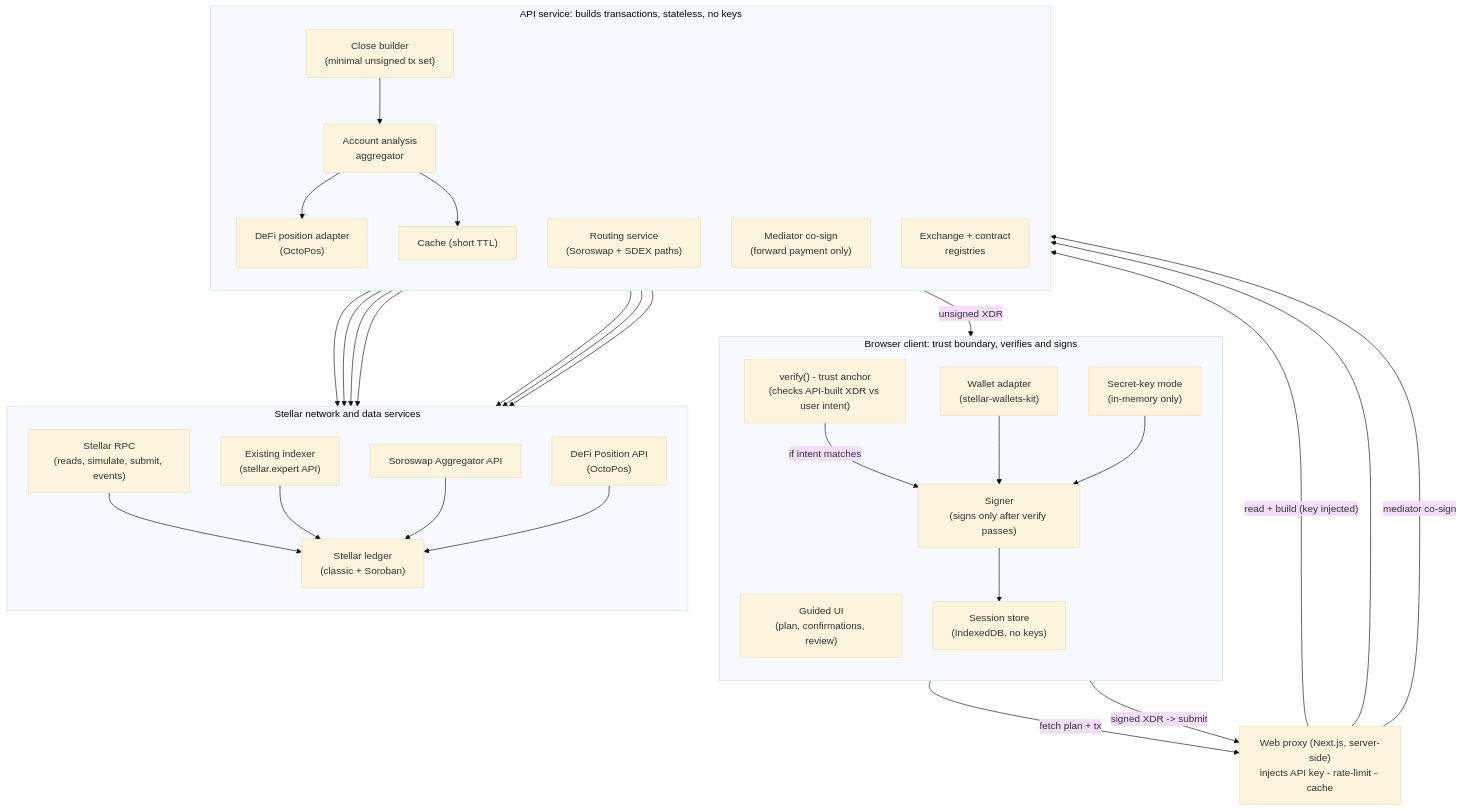
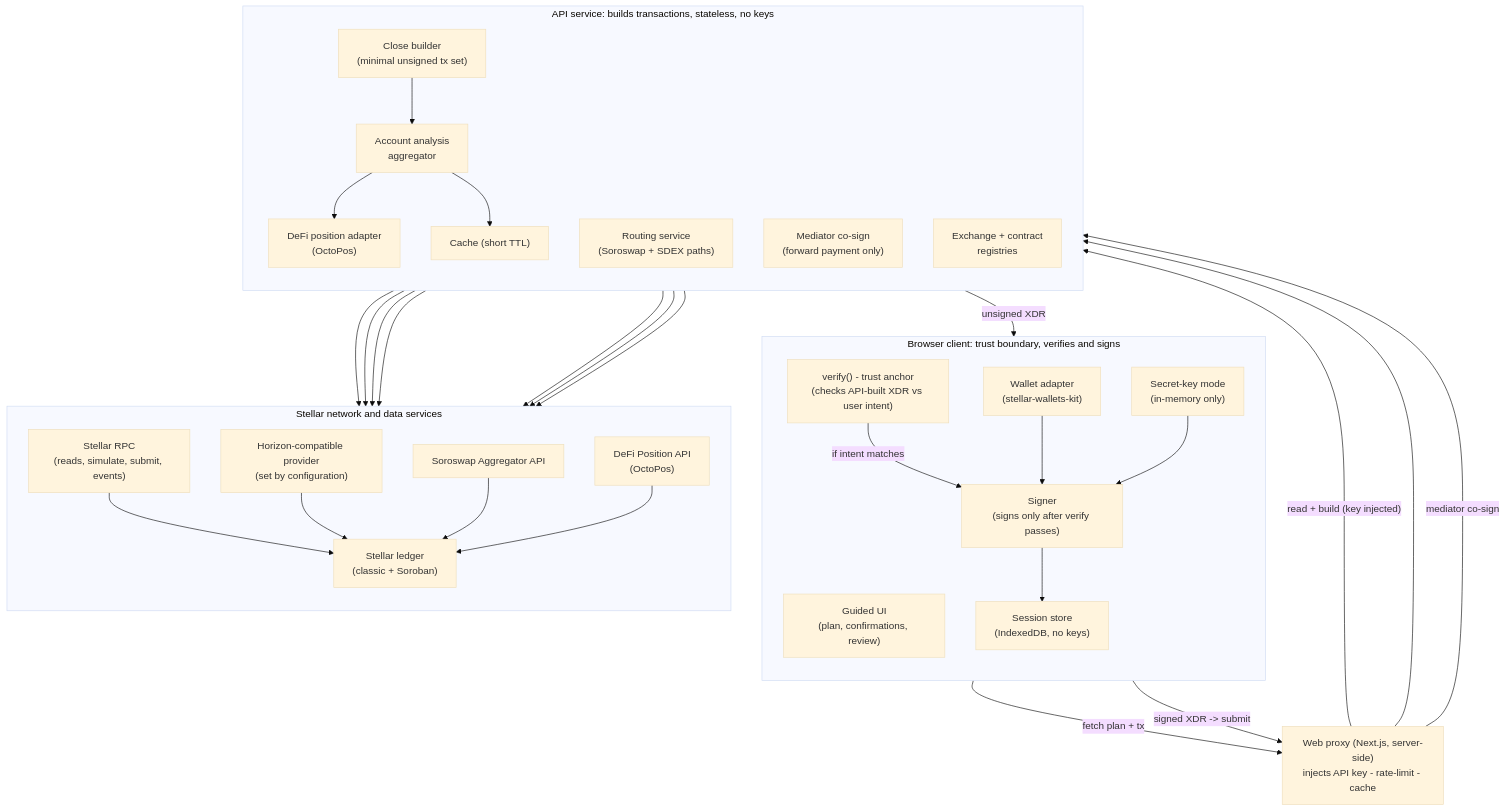
Before and after one commit to LumenWipe/lumenwipe: the diagram in docs/diagrams/01-system-architecture.mmd, drawn with Mermaid (base theme). The commit also changed 40 other files, not shown here.

First line of the commit message:
Read account state from one Horizon-compatible provider and drop the stellar.expert dependency (#120)

```diff
--- a/docs/diagrams/01-system-architecture.mmd
+++ b/docs/diagrams/01-system-architecture.mmd
@@ -1,60 +1,60 @@
 flowchart TB
     subgraph client["Browser client: trust boundary, verifies and signs"]
         direction TB
         ui["Guided UI<br/>(plan, confirmations, review)"]
         wk["Wallet adapter<br/>(stellar-wallets-kit)"]
         sk["Secret-key mode<br/>(in-memory only)"]
         verify["verify() - trust anchor<br/>(checks API-built XDR vs user intent)"]
         signer["Signer<br/>(signs only after verify passes)"]
         sess["Session store<br/>(IndexedDB, no keys)"]
     end
 
     proxy["Web proxy (Next.js, server-side)<br/>injects API key - rate-limit - cache"]
 
     subgraph backend["API service: builds transactions, stateless, no keys"]
         direction TB
         analysis["Account analysis<br/>aggregator"]
         close["Close builder<br/>(minimal unsigned tx set)"]
         defi["DeFi position adapter<br/>(OctoPos)"]
         route["Routing service<br/>(Soroswap + SDEX paths)"]
         med["Mediator co-sign<br/>(forward payment only)"]
         reg["Exchange + contract<br/>registries"]
         cache["Cache (short TTL)"]
     end
 
     subgraph data["Stellar network and data services"]
         direction TB
         rpc["Stellar RPC<br/>(reads, simulate, submit, events)"]
-        idx["Existing indexer<br/>(stellar.expert API)"]
+        idx["Horizon-compatible provider<br/>(set by configuration)"]
         soro["Soroswap Aggregator API"]
         pos["DeFi Position API<br/>(OctoPos)"]
         net["Stellar ledger<br/>(classic + Soroban)"]
     end
 
     close -->|"unsigned XDR"| verify
     verify -->|"if intent matches"| signer
     wk --> signer
     sk --> signer
     signer --> sess
 
     ui -->|"fetch plan + tx"| proxy
     proxy -->|"read + build (key injected)"| analysis
     proxy --> close
     signer -->|"signed XDR -> submit"| proxy
     proxy -->|"mediator co-sign"| med
 
     close --> analysis
     analysis --> idx
     analysis --> rpc
     analysis --> defi
     close --> rpc
     defi --> pos
     route --> soro
     route --> idx
     med --> rpc
     analysis --> cache
 
     rpc --> net
     idx --> net
     soro --> net
     pos --> net
```
